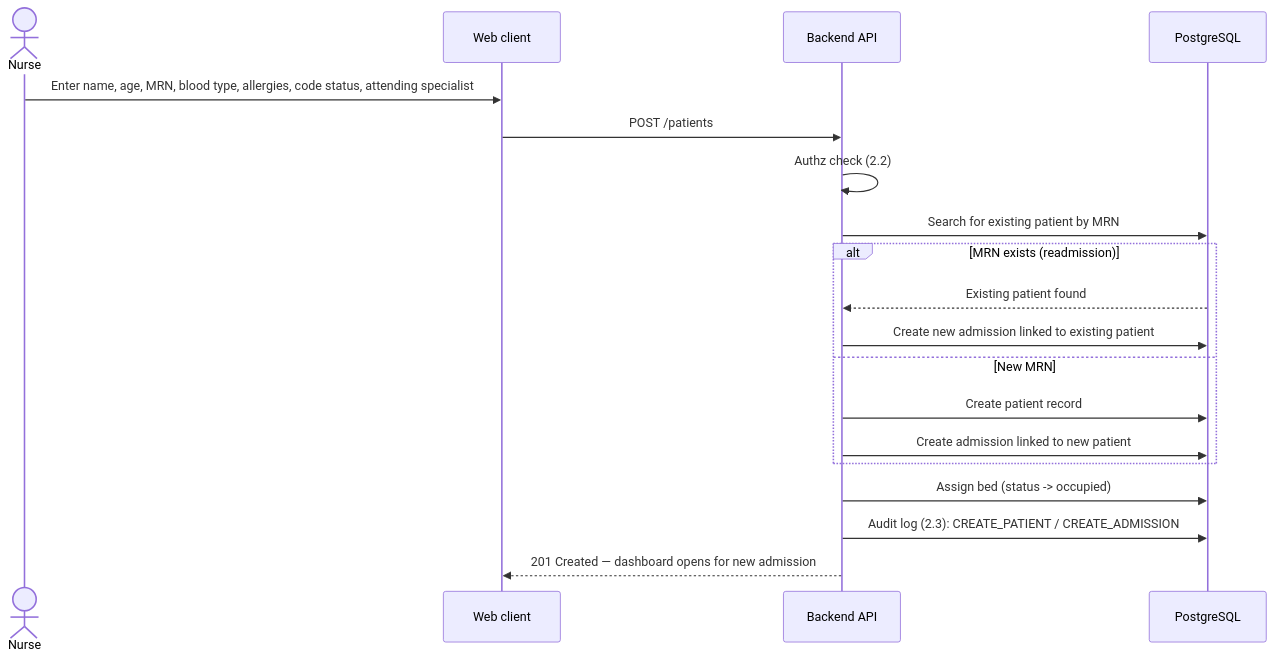
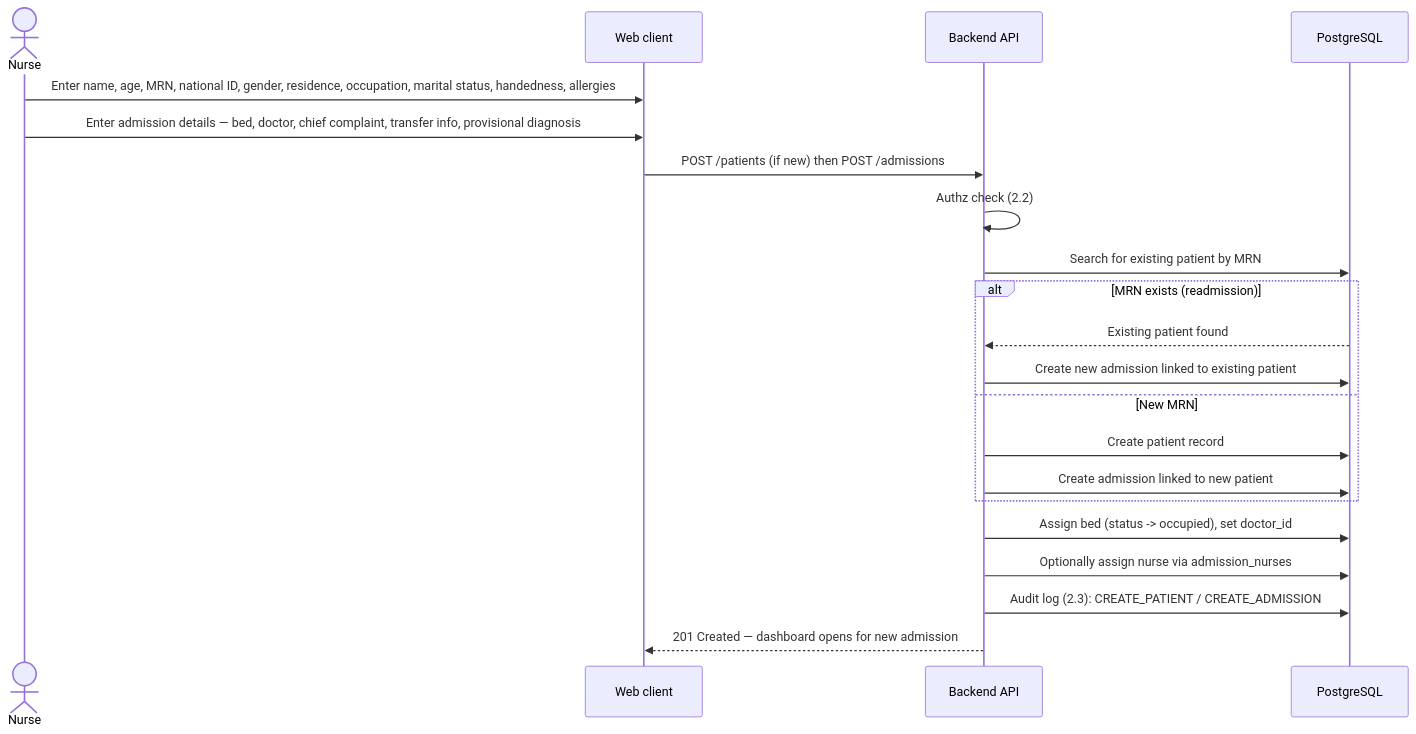
Before and after one commit to ITI-OS-Team-2026/ICU-Management-Project: the sixth of 16 diagrams in docs/System-Flows.md, drawn with Mermaid. The commit also changed other lines of this file and 9 other files, not shown here.

````diff
--- a/docs/System-Flows.md
+++ b/docs/System-Flows.md
@@ -170,22 +170,24 @@
 ```mermaid
 sequenceDiagram
     actor Nurse
     participant UI as Web client
     participant API as Backend API
     participant DB as PostgreSQL
 
-    Nurse->>UI: Enter name, age, MRN, blood type, allergies, code status, attending specialist
-    UI->>API: POST /patients
+    Nurse->>UI: Enter name, age, MRN, national ID, gender, residence, occupation, marital status, handedness, allergies
+    Nurse->>UI: Enter admission details — bed, doctor, chief complaint, transfer info, provisional diagnosis
+    UI->>API: POST /patients (if new) then POST /admissions
     API->>API: Authz check (2.2)
     API->>DB: Search for existing patient by MRN
     alt MRN exists (readmission)
         DB-->>API: Existing patient found
         API->>DB: Create new admission linked to existing patient
     else New MRN
         API->>DB: Create patient record
         API->>DB: Create admission linked to new patient
     end
-    API->>DB: Assign bed (status -> occupied)
+    API->>DB: Assign bed (status -> occupied), set doctor_id
+    API->>DB: Optionally assign nurse via admission_nurses
     API->>DB: Audit log (2.3): CREATE_PATIENT / CREATE_ADMISSION
     API-->>UI: 201 Created — dashboard opens for new admission
 ```
````
